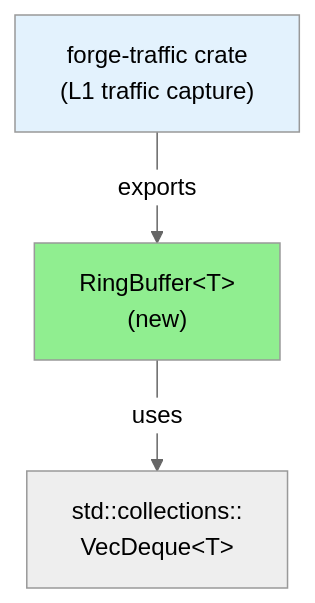
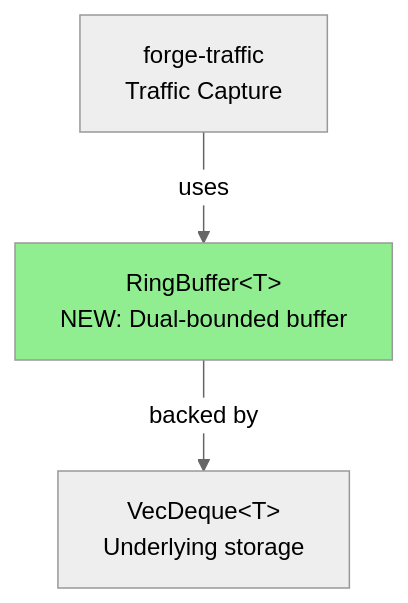
The first of 3 diagrams in code-delivery/STORY-029/pr-description.md (BOHICA-LABS/forge-mcp), drawn with Mermaid (neutral theme) before and after one commit. The commit also changed other lines of this file and 6 other files, not shown here.

````diff
--- a/code-delivery/STORY-029/pr-description.md
+++ b/code-delivery/STORY-029/pr-description.md
@@ -20,12 +17,11 @@
 ```mermaid
 graph TD
-    ForgeTraffic["forge-traffic crate<br/>(L1 traffic capture)"]
-    RingBuffer["RingBuffer&lt;T&gt;<br/>(new)"]
-    VecDeque["std::collections::<br/>VecDeque&lt;T&gt;"]
+    TrafficCapture["forge-traffic<br/>Traffic Capture"]
+    RingBuffer["RingBuffer&lt;T&gt;<br/>NEW: Dual-bounded buffer"]
+    VecDeque["VecDeque&lt;T&gt;<br/>Underlying storage"]
     
-    ForgeTraffic -->|exports| RingBuffer
-    RingBuffer -->|uses| VecDeque
+    TrafficCapture -->|uses| RingBuffer
+    RingBuffer -->|backed by| VecDeque
     
     style RingBuffer fill:#90EE90
-    style ForgeTraffic fill:#E3F2FD
 ```
````
